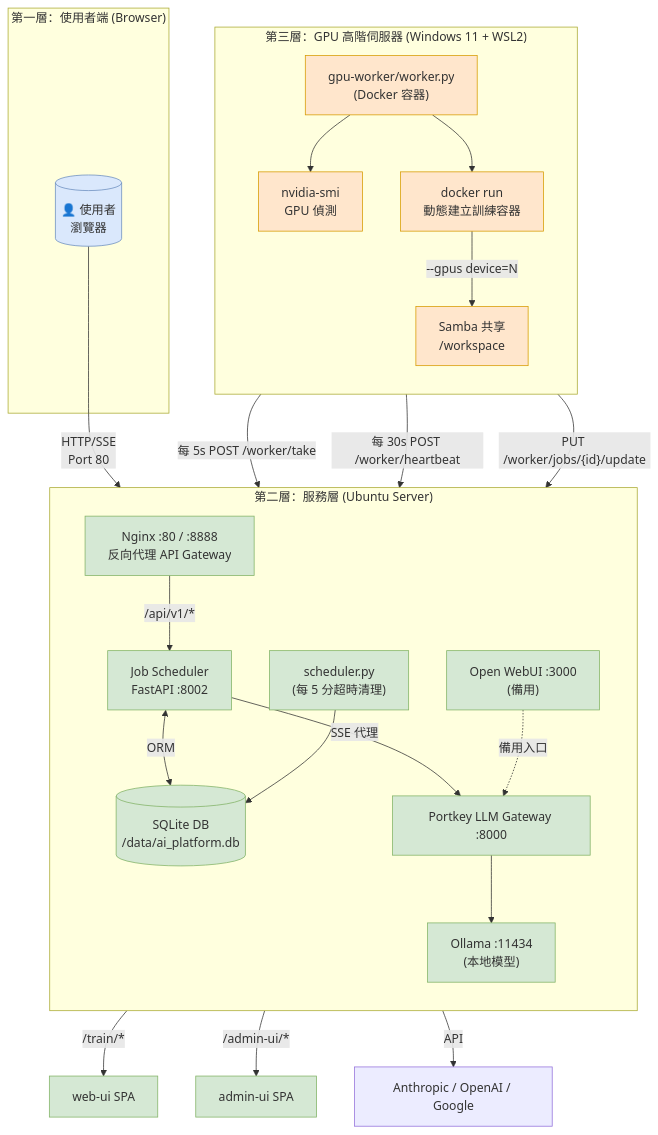
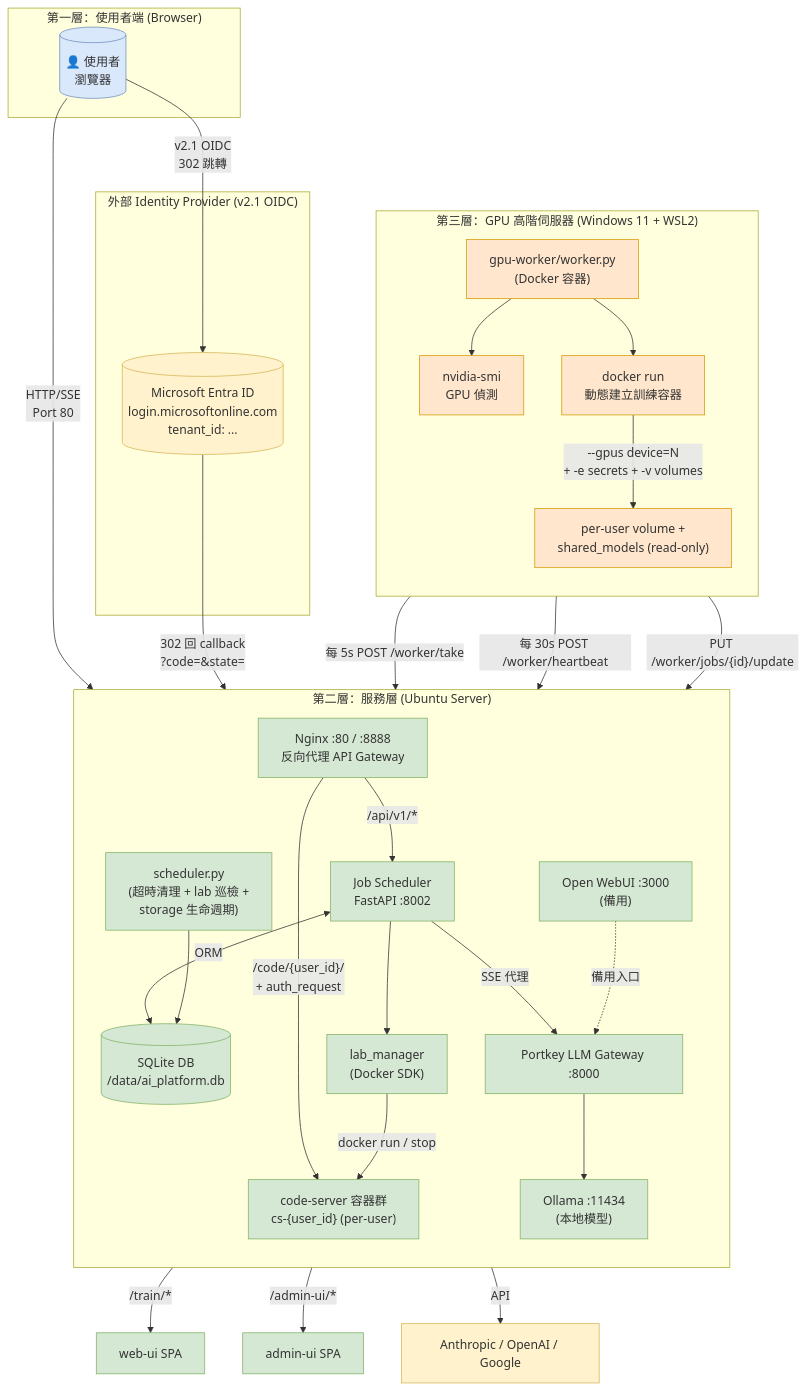
One commit to Lazywah/MingChuan-library-testing-projects changed the second of 12 diagrams in docs/diagrams/ARCHITECTURE-MERMAID.md. Above: the diagram before and after it, drawn with Mermaid. The commit also changed other lines of this file and 3 other files, not shown here.

First line of the commit message:
文件: 更新 mermaid 架構圖與 00/README 反映 v2.1 SSO OIDC 與 v2.0 Lab

````diff
--- a/docs/diagrams/ARCHITECTURE-MERMAID.md
+++ b/docs/diagrams/ARCHITECTURE-MERMAID.md
@@ -78,50 +78,63 @@
 ```mermaid
 flowchart TB
     subgraph L1["第一層：使用者端 (Browser)"]
         U[("👤 使用者<br/>瀏覽器")]
+    end
+
+    subgraph EXTIDP["外部 Identity Provider (v2.1 OIDC)"]
+        MS[("Microsoft Entra ID<br/>login.microsoftonline.com<br/>tenant_id: ...")]
     end
 
     subgraph L2["第二層：服務層 (Ubuntu Server)"]
         direction TB
         NGX["Nginx :80 / :8888<br/>反向代理 API Gateway"]
         FA["Job Scheduler<br/>FastAPI :8002"]
         DB[("SQLite DB<br/>/data/ai_platform.db")]
         PKG["Portkey LLM Gateway :8000"]
         OL["Ollama :11434<br/>(本地模型)"]
         OWUI["Open WebUI :3000<br/>(備用)"]
-        SCH["scheduler.py<br/>(每 5 分超時清理)"]
+        SCH["scheduler.py<br/>(超時清理 + lab 巡檢 +<br/>storage 生命週期)"]
+        LM["lab_manager<br/>(Docker SDK)"]
+        CS["code-server 容器群<br/>cs-{user_id} (per-user)"]
     end
 
     subgraph L3["第三層：GPU 高階伺服器 (Windows 11 + WSL2)"]
         direction TB
         WK["gpu-worker/worker.py<br/>(Docker 容器)"]
         NV["nvidia-smi<br/>GPU 偵測"]
         DC["docker run<br/>動態建立訓練容器"]
-        STG["Samba 共享<br/>/workspace"]
+        STG["per-user volume +<br/>shared_models (read-only)"]
     end
 
     U -->|"HTTP/SSE<br/>Port 80"| NGX
+    U -->|"v2.1 OIDC<br/>302 跳轉"| MS
+    MS -->|"302 回 callback<br/>?code=&state="| NGX
     NGX -->|"/train/*"| WebFE["web-ui SPA"]
     NGX -->|"/admin-ui/*"| AdmFE["admin-ui SPA"]
     NGX -->|"/api/v1/*"| FA
+    NGX -->|"/code/{user_id}/<br/>+ auth_request"| CS
     FA <-->|"ORM"| DB
     FA -->|"SSE 代理"| PKG
     PKG --> OL
     PKG -->|"API"| EXT["Anthropic / OpenAI / Google"]
     OWUI -.->|"備用入口"| PKG
     SCH --> DB
+    FA --> LM
+    LM -->|"docker run / stop"| CS
 
     WK -->|"每 5s POST /worker/take"| FA
     WK -->|"每 30s POST /worker/heartbeat"| FA
     WK -->|"PUT /worker/jobs/{id}/update"| FA
     WK --> NV
     WK --> DC
-    DC -->|"--gpus device=N"| STG
+    DC -->|"--gpus device=N<br/>+ -e secrets + -v volumes"| STG
 
     classDef l1 fill:#dae8fc,stroke:#6c8ebf
     classDef l2 fill:#d5e8d4,stroke:#82b366
     classDef l3 fill:#ffe6cc,stroke:#d79b00
+    classDef ext fill:#fff2cc,stroke:#d6b656
     class U l1
-    class NGX,FA,DB,PKG,OL,OWUI,SCH,WebFE,AdmFE l2
+    class NGX,FA,DB,PKG,OL,OWUI,SCH,WebFE,AdmFE,LM,CS l2
     class WK,NV,DC,STG l3
+    class MS,EXT ext
 ```
````
